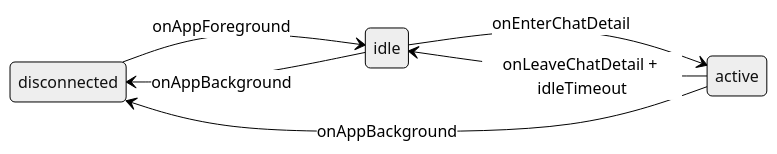
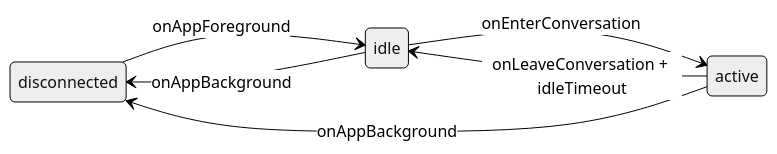
One commit to openstudio2022/quwoquan changed the diagram in specs/feature-tree/chat-conversation/list-detail-message-delivery/realtime-push-and-offline-sync/spec.md. Above: the diagram before and after it, drawn with Mermaid (neutral theme). The commit also changed other lines of this file and 11610 other files, not shown here.

````diff
--- a/specs/feature-tree/chat-conversation/list-detail-message-delivery/realtime-push-and-offline-sync/spec.md
+++ b/specs/feature-tree/chat-conversation/list-detail-message-delivery/realtime-push-and-offline-sync/spec.md
@@ -52,9 +52,9 @@
 ```mermaid
 stateDiagram-v2
   direction LR
   disconnected --> idle: onAppForeground
-  idle --> active: onEnterChatDetail
-  active --> idle: onLeaveChatDetail + idleTimeout
+  idle --> active: onEnterConversation
+  active --> idle: onLeaveConversation + idleTimeout
   idle --> disconnected: onAppBackground
   active --> disconnected: onAppBackground
 ```
````
